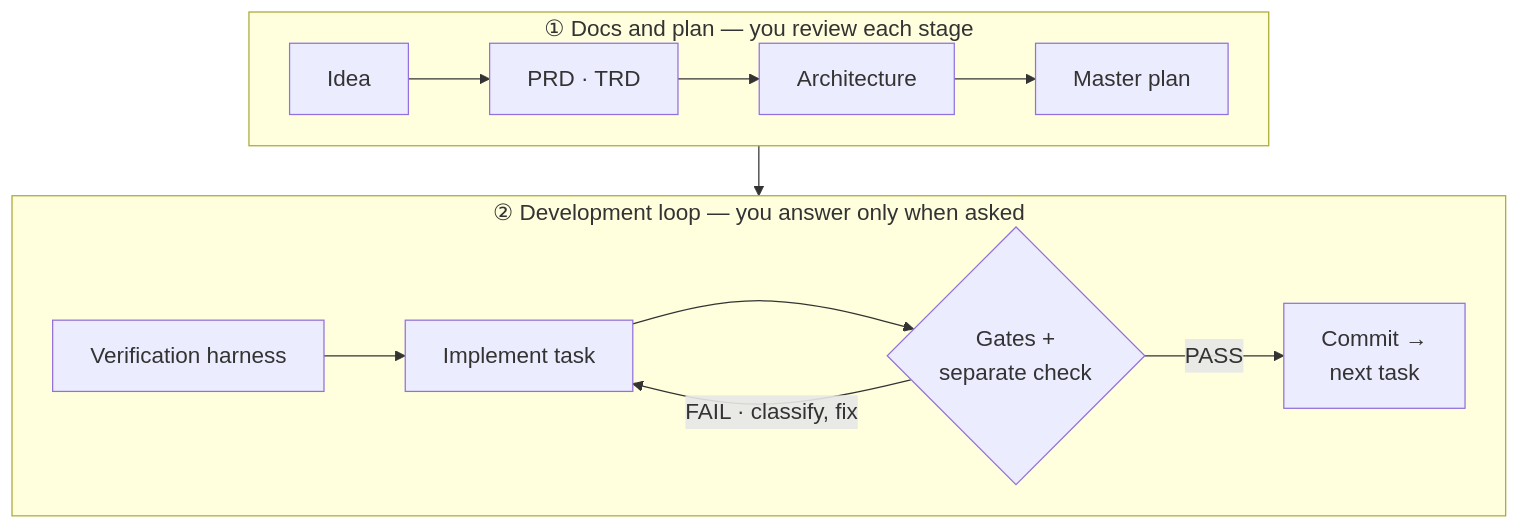
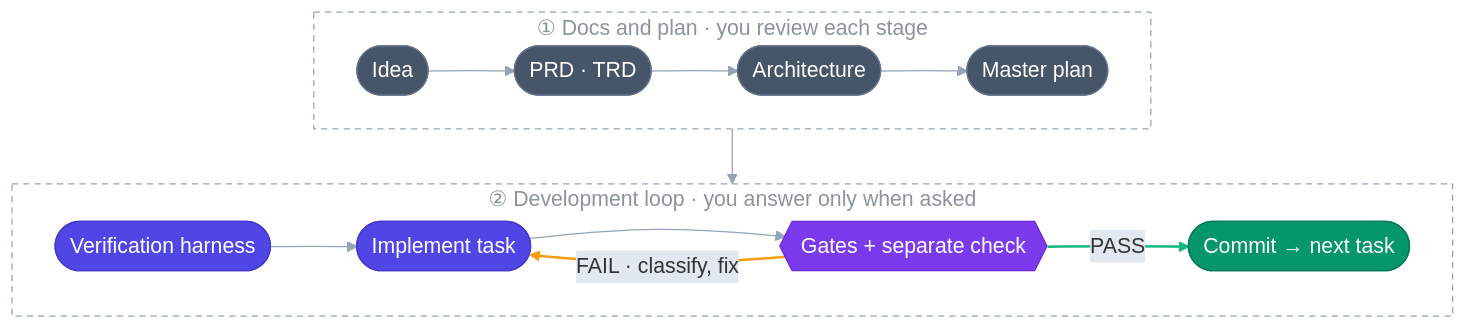
One commit to GangJaeYu/harness_loop_full_korean changed the diagram in README.en.md. Above: the diagram before and after it, drawn with Mermaid. The commit also changed 1 other file, not shown here.

Commit message:
README 흐름도 디자인 — 알약형 노드·단계별 색(문서 슬레이트/루프 인디고/검증 바이올렛/완료 에메랄드), 점선 그룹, FAIL 주황·PASS 초록 화살표. 라이트·다크 모드 모두 확인

````diff
--- a/README.en.md
+++ b/README.en.md
@@ -20,15 +20,27 @@
 ```mermaid
-%%{init: {'themeVariables': {'fontSize': '18px'}, 'flowchart': {'nodeSpacing': 30, 'rankSpacing': 40}}}%%
+%%{init: {'theme': 'base', 'themeVariables': {'fontSize': '17px', 'lineColor': '#94a3b8', 'edgeLabelBackground': '#e2e8f0', 'titleColor': '#8b949e'}, 'flowchart': {'curve': 'basis', 'nodeSpacing': 34, 'rankSpacing': 44, 'padding': 14}}}%%
 flowchart TB
-    subgraph S1["① Docs and plan — you review each stage"]
+    subgraph S1["① Docs and plan · you review each stage"]
         direction LR
-        A[Idea] --> B[PRD · TRD] --> C[Architecture] --> D[Master plan]
+        A([Idea]) --> B([PRD · TRD]) --> C([Architecture]) --> D([Master plan])
     end
-    subgraph S2["② Development loop — you answer only when asked"]
+    subgraph S2["② Development loop · you answer only when asked"]
         direction LR
-        E[Verification harness] --> G[Implement task] --> V{Gates +<br/>separate check}
-        V -->|FAIL · classify, fix| G
-        V -->|PASS| H[Commit →<br/>next task]
+        E([Verification harness]) --> G([Implement task]) --> V{{Gates + separate check}}
+        V -- "FAIL · classify, fix" --> G
+        V -- PASS --> H([Commit → next task])
     end
     S1 --> S2
+    classDef doc fill:#475569,stroke:#64748b,color:#ffffff,stroke-width:1px
+    classDef build fill:#4f46e5,stroke:#4338ca,color:#ffffff,stroke-width:1px
+    classDef check fill:#7c3aed,stroke:#6d28d9,color:#ffffff,stroke-width:1px
+    classDef done fill:#059669,stroke:#047857,color:#ffffff,stroke-width:1px
+    class A,B,C,D doc
+    class E,G build
+    class V check
+    class H done
+    style S1 fill:none,stroke:#94a3b8,stroke-width:1px,stroke-dasharray:5 4,color:#8b949e
+    style S2 fill:none,stroke:#94a3b8,stroke-width:1px,stroke-dasharray:5 4,color:#8b949e
+    linkStyle 5 stroke:#f59e0b,stroke-width:2px
+    linkStyle 6 stroke:#10b981,stroke-width:2px
 ```
````
